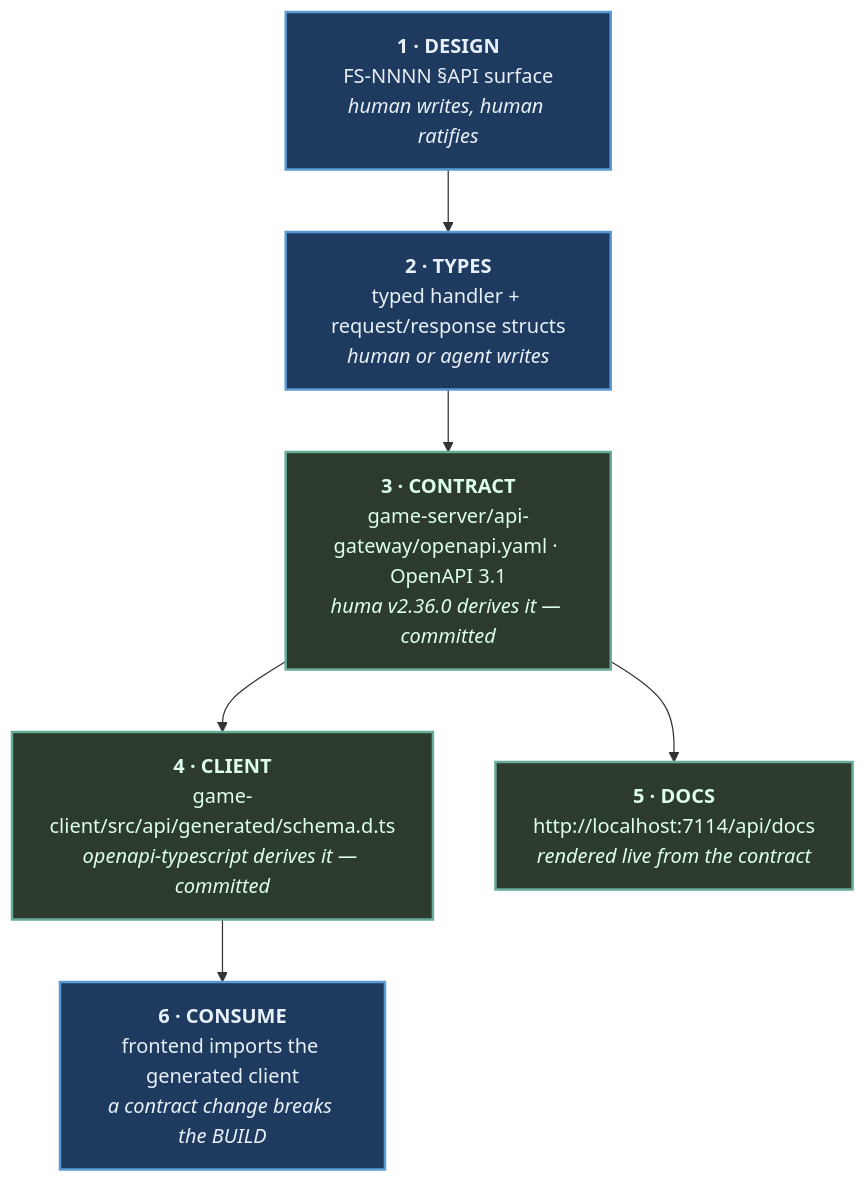
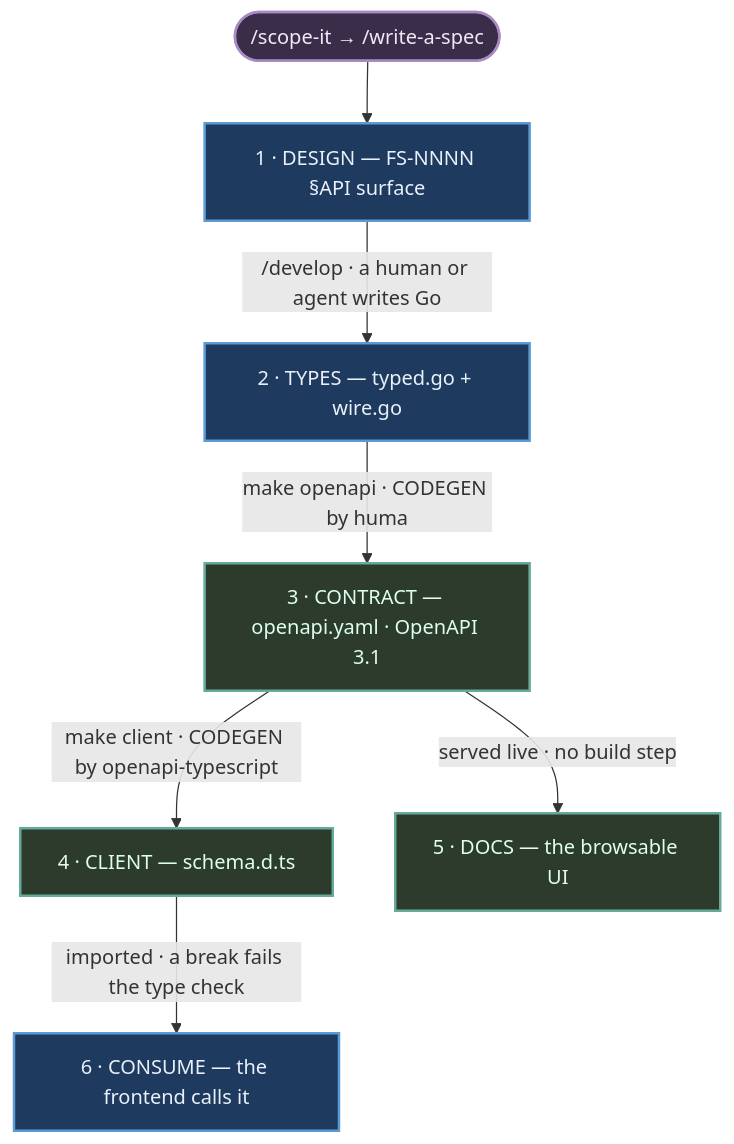
One commit to darkphotonKN/barrowspire changed the diagram in docs/contract-guide.md. Above: the diagram before and after it, drawn with Mermaid. The commit also changed other lines of this file, not shown here.

First line of the commit message:
docs(guide): fix the diagram — HTML tags were being stripped, not rendered

````diff
--- a/docs/contract-guide.md
+++ b/docs/contract-guide.md
@@ -44,15 +44,21 @@
 ```mermaid
 flowchart TD
-    A["<b>1 · DESIGN</b><br/>FS-NNNN §API surface<br/><i>human writes, human ratifies</i>"]:::human
-    B["<b>2 · TYPES</b><br/>typed handler + request/response structs<br/><i>human or agent writes</i>"]:::human
-    C["<b>3 · CONTRACT</b><br/>game-server/api-gateway/openapi.yaml · OpenAPI 3.1<br/><i>huma v2.36.0 derives it — committed</i>"]:::tool
-    D["<b>4 · CLIENT</b><br/>game-client/src/api/generated/schema.d.ts<br/><i>openapi-typescript derives it — committed</i>"]:::tool
-    E["<b>5 · DOCS</b><br/>http://localhost:7114/api/docs<br/><i>rendered live from the contract</i>"]:::tool
-    F["<b>6 · CONSUME</b><br/>frontend imports the generated client<br/><i>a contract change breaks the BUILD</i>"]:::human
+    S(["/scope-it → /write-a-spec"]):::skill
+    A["1 · DESIGN — FS-NNNN §API surface"]:::human
+    B["2 · TYPES — typed.go + wire.go"]:::human
+    C["3 · CONTRACT — openapi.yaml · OpenAPI 3.1"]:::tool
+    D["4 · CLIENT — schema.d.ts"]:::tool
+    E["5 · DOCS — the browsable UI"]:::tool
+    F["6 · CONSUME — the frontend calls it"]:::human
 
-    A --> B --> C --> D --> F
-    C --> E
+    S --> A
+    A -->|"/develop · a human or agent writes Go"| B
+    B -->|"make openapi · CODEGEN by huma"| C
+    C -->|"make client · CODEGEN by openapi-typescript"| D
+    C -->|"served live · no build step"| E
+    D -->|"imported · a break fails the type check"| F
 
+    classDef skill fill:#3a2d4a,stroke:#a98bc4,stroke-width:2px,color:#efe8f5
     classDef human fill:#1f3a5f,stroke:#5b9bd5,stroke-width:2px,color:#e8f0fa
     classDef tool fill:#2d3b2d,stroke:#6a9,stroke-width:2px,color:#dfe
 ```
````
